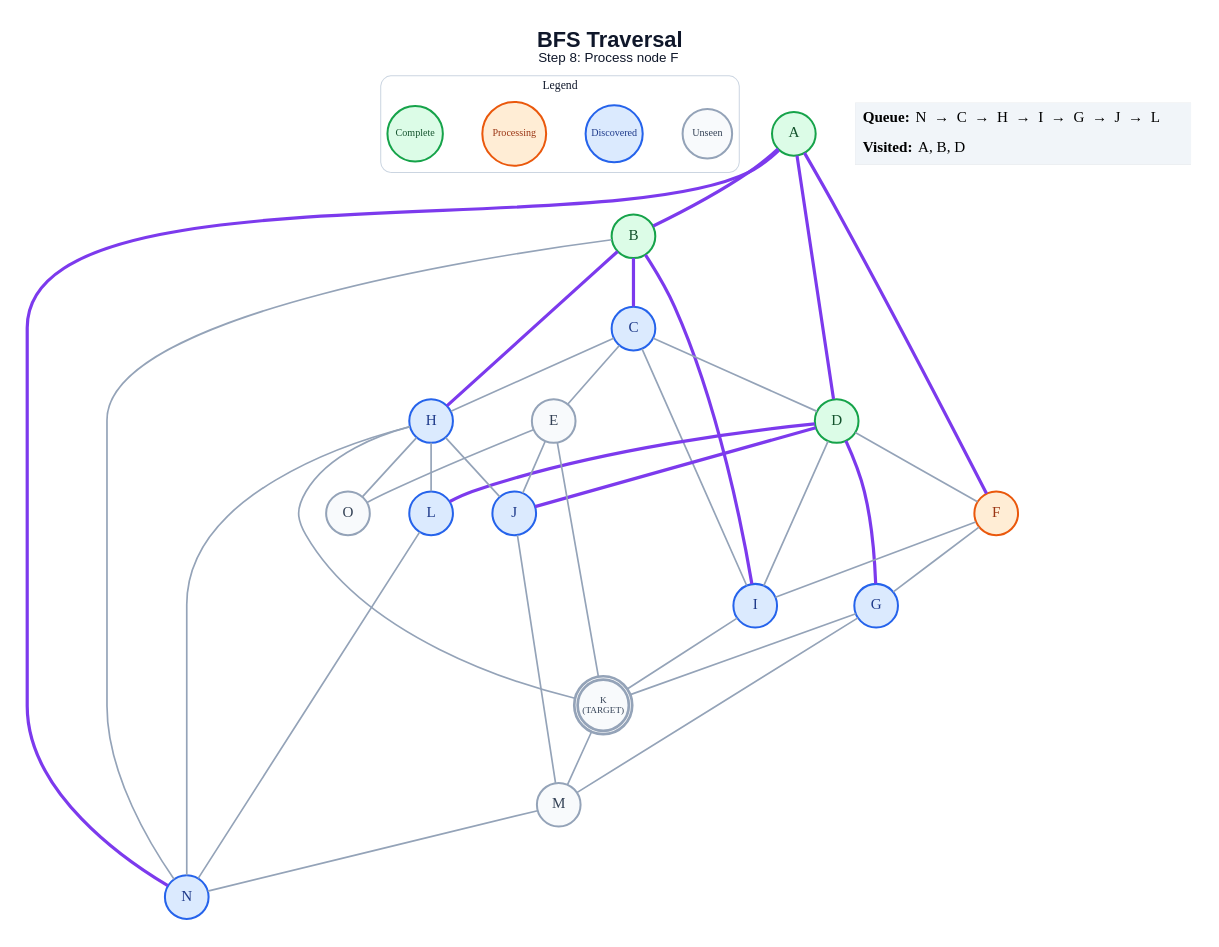
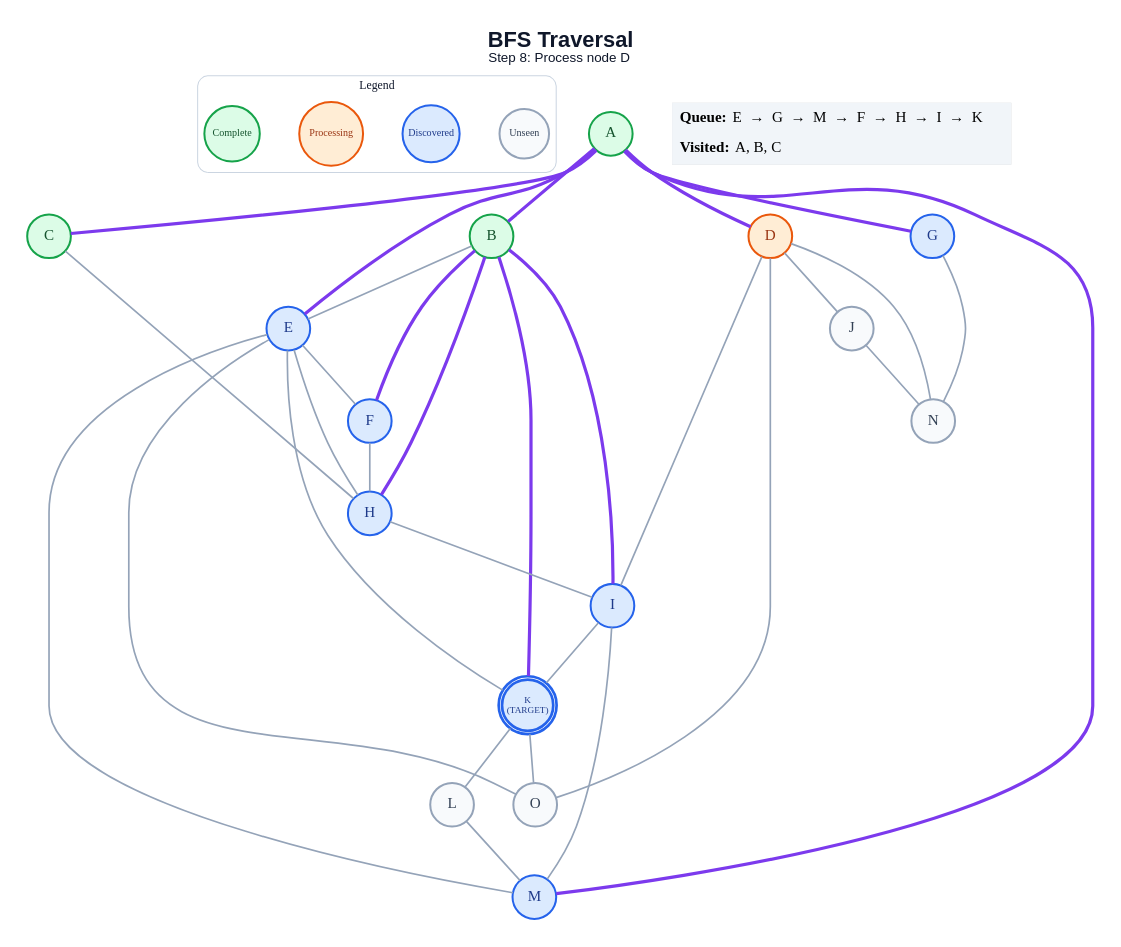
The diagram in generated/bfs/step_08.dot (anon7238593-create/ai-slop), drawn with Graphviz before and after one commit. The commit also changed 261 other files, not shown here.

```diff
--- a/generated/bfs/step_08.dot
+++ b/generated/bfs/step_08.dot
@@ -1,68 +1,64 @@
 graph traversal {
   graph [layout=dot, rankdir=TB, bgcolor="#FFFFFF", pad="0.35", nodesep="0.65", ranksep="0.8", fontname="Arial"];
   node [shape=circle, style="filled", fontname="Arial Bold", fontsize=18, width=0.72, fixedsize=true, penwidth=2.4];
   edge [color="#94A3B8", penwidth=2.0];
-  label=<<B>BFS Traversal</B><BR/><FONT POINT-SIZE="16">Step 8: Process node F</FONT>>; labelloc="t"; fontsize=26; fontname="Arial"; fontcolor="#0F172A";
+  label=<<B>BFS Traversal</B><BR/><FONT POINT-SIZE="16">Step 8: Process node D</FONT>>; labelloc="t"; fontsize=26; fontname="Arial"; fontcolor="#0F172A";
   subgraph cluster_legend { label="Legend"; color="#CBD5E1"; penwidth=1.2; style="rounded"; fontsize=14; fontname="Arial Bold";
     key_unseen [label="Unseen", fillcolor="#F8FAFC", color="#94A3B8", fontcolor="#334155", fontsize=12, width=0.82];
     key_frontier [label="Discovered", fillcolor="#DBEAFE", color="#2563EB", fontcolor="#1E3A8A", fontsize=12, width=0.95];
     key_current [label="Processing", fillcolor="#FFEDD5", color="#EA580C", fontcolor="#9A3412", fontsize=12, width=1.05];
     key_done [label="Complete", fillcolor="#DCFCE7", color="#16A34A", fontcolor="#14532D", fontsize=12, width=0.92];
     { rank=same; key_unseen; key_frontier; key_current; key_done; }
   }
   A [label="A", fillcolor="#DCFCE7", color="#16A34A", fontcolor="#14532D", peripheries=1, penwidth=2.4];
   B [label="B", fillcolor="#DCFCE7", color="#16A34A", fontcolor="#14532D", peripheries=1, penwidth=2.4];
-  C [label="C", fillcolor="#DBEAFE", color="#2563EB", fontcolor="#1E3A8A", peripheries=1, penwidth=2.4];
-  D [label="D", fillcolor="#DCFCE7", color="#16A34A", fontcolor="#14532D", peripheries=1, penwidth=2.4];
-  E [label="E", fillcolor="#F8FAFC", color="#94A3B8", fontcolor="#334155", peripheries=1, penwidth=2.4];
-  F [label="F", fillcolor="#FFEDD5", color="#EA580C", fontcolor="#9A3412", peripheries=1, penwidth=2.4];
+  C [label="C", fillcolor="#DCFCE7", color="#16A34A", fontcolor="#14532D", peripheries=1, penwidth=2.4];
+  D [label="D", fillcolor="#FFEDD5", color="#EA580C", fontcolor="#9A3412", peripheries=1, penwidth=2.4];
+  E [label="E", fillcolor="#DBEAFE", color="#2563EB", fontcolor="#1E3A8A", peripheries=1, penwidth=2.4];
+  F [label="F", fillcolor="#DBEAFE", color="#2563EB", fontcolor="#1E3A8A", peripheries=1, penwidth=2.4];
   G [label="G", fillcolor="#DBEAFE", color="#2563EB", fontcolor="#1E3A8A", peripheries=1, penwidth=2.4];
   H [label="H", fillcolor="#DBEAFE", color="#2563EB", fontcolor="#1E3A8A", peripheries=1, penwidth=2.4];
   I [label="I", fillcolor="#DBEAFE", color="#2563EB", fontcolor="#1E3A8A", peripheries=1, penwidth=2.4];
-  J [label="J", fillcolor="#DBEAFE", color="#2563EB", fontcolor="#1E3A8A", peripheries=1, penwidth=2.4];
-  K [label="K\n(TARGET)", fillcolor="#F8FAFC", color="#94A3B8", fontcolor="#334155", peripheries=2, penwidth=3.2, fontsize=11, width=0.85, height=0.85];
-  L [label="L", fillcolor="#DBEAFE", color="#2563EB", fontcolor="#1E3A8A", peripheries=1, penwidth=2.4];
-  M [label="M", fillcolor="#F8FAFC", color="#94A3B8", fontcolor="#334155", peripheries=1, penwidth=2.4];
-  N [label="N", fillcolor="#DBEAFE", color="#2563EB", fontcolor="#1E3A8A", peripheries=1, penwidth=2.4];
+  J [label="J", fillcolor="#F8FAFC", color="#94A3B8", fontcolor="#334155", peripheries=1, penwidth=2.4];
+  K [label="K\n(TARGET)", fillcolor="#DBEAFE", color="#2563EB", fontcolor="#1E3A8A", peripheries=2, penwidth=3.2, fontsize=11, width=0.85, height=0.85];
+  L [label="L", fillcolor="#F8FAFC", color="#94A3B8", fontcolor="#334155", peripheries=1, penwidth=2.4];
+  M [label="M", fillcolor="#DBEAFE", color="#2563EB", fontcolor="#1E3A8A", peripheries=1, penwidth=2.4];
+  N [label="N", fillcolor="#F8FAFC", color="#94A3B8", fontcolor="#334155", peripheries=1, penwidth=2.4];
   O [label="O", fillcolor="#F8FAFC", color="#94A3B8", fontcolor="#334155", peripheries=1, penwidth=2.4];
   A -- B [color="#7C3AED", penwidth=3.8];
+  A -- C [color="#7C3AED", penwidth=3.8];
   A -- D [color="#7C3AED", penwidth=3.8];
-  A -- F [color="#7C3AED", penwidth=3.8];
-  A -- N [color="#7C3AED", penwidth=3.8];
-  B -- C [color="#7C3AED", penwidth=3.8];
+  A -- E [color="#7C3AED", penwidth=3.8];
+  A -- G [color="#7C3AED", penwidth=3.8];
+  A -- M [color="#7C3AED", penwidth=3.8];
+  B -- E;
+  B -- F [color="#7C3AED", penwidth=3.8];
   B -- H [color="#7C3AED", penwidth=3.8];
   B -- I [color="#7C3AED", penwidth=3.8];
-  B -- N;
-  C -- D;
-  C -- E;
+  B -- K [color="#7C3AED", penwidth=3.8];
   C -- H;
-  C -- I;
-  D -- F;
-  D -- G [color="#7C3AED", penwidth=3.8];
   D -- I;
-  D -- J [color="#7C3AED", penwidth=3.8];
-  D -- L [color="#7C3AED", penwidth=3.8];
-  E -- J;
+  D -- J;
+  D -- N;
+  D -- O;
+  E -- F;
+  E -- H;
   E -- K;
+  E -- M;
   E -- O;
-  F -- G;
-  F -- I;
-  G -- K;
-  G -- M;
-  H -- J;
-  H -- K;
-  H -- L;
-  H -- N;
-  H -- O;
+  F -- H;
+  G -- N;
+  H -- I;
   I -- K;
-  J -- M;
-  K -- M;
-  L -- N;
-  M -- N;
+  I -- M;
+  J -- N;
+  K -- L;
+  K -- O;
+  L -- M;
   status [shape=plain, fixedsize=false, width=0, height=0, margin=0, label=<
     <TABLE BORDER="0" CELLBORDER="0" CELLPADDING="7" BGCOLOR="#F1F5F9">
-      <TR><TD ALIGN="LEFT"><B>Queue:</B> N  →  C  →  H  →  I  →  G  →  J  →  L</TD></TR>
-      <TR><TD ALIGN="LEFT"><B>Visited:</B> A, B, D</TD></TR>
+      <TR><TD ALIGN="LEFT"><B>Queue:</B> E  →  G  →  M  →  F  →  H  →  I  →  K</TD></TR>
+      <TR><TD ALIGN="LEFT"><B>Visited:</B> A, B, C</TD></TR>
     </TABLE>
   >];
 }
```
